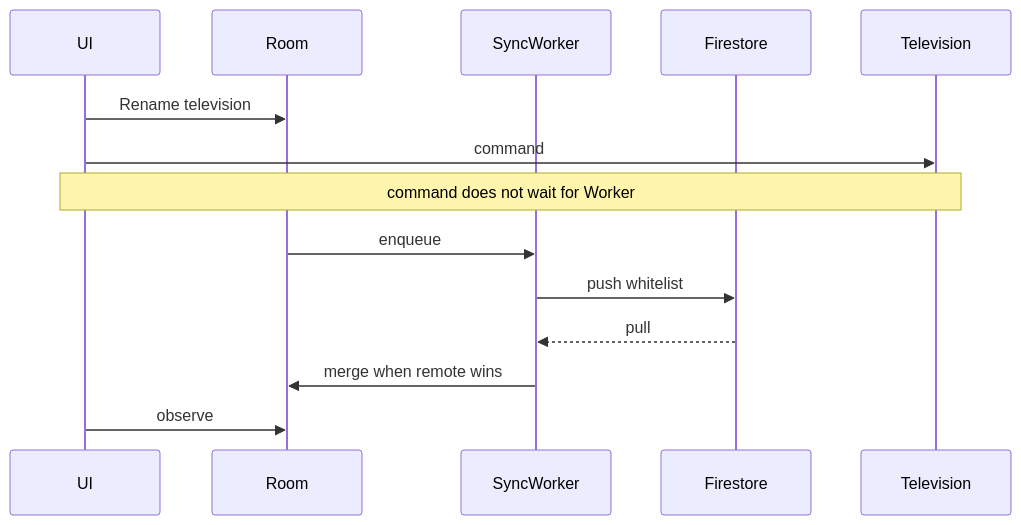
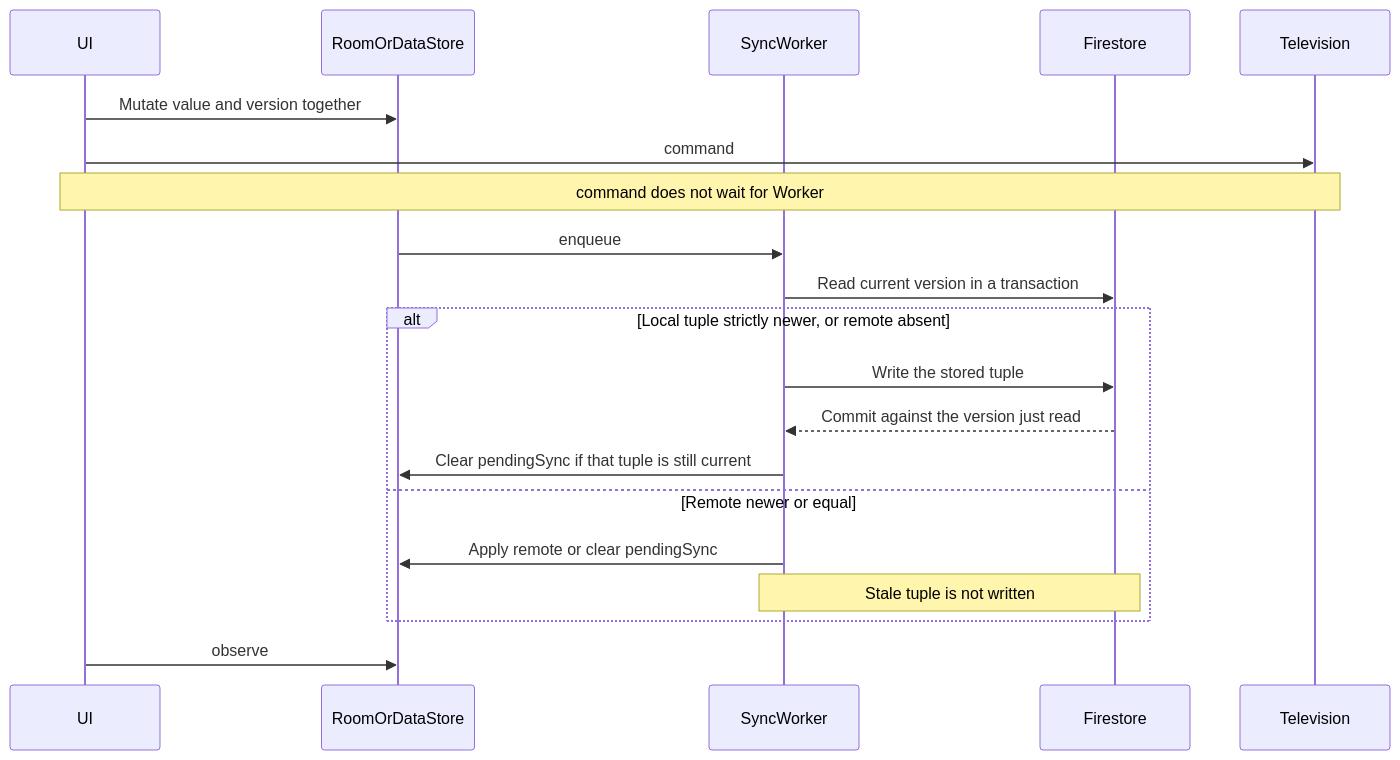
Before and after one commit to anthracite-labs/AppT: the second of 2 diagrams in docs/architecture/sync.md, drawn with Mermaid. The commit also changed other lines of this file and 11 other files, not shown here.

First line of the commit message:
Revise sync, permission, and account-gate architecture

````diff
--- a/docs/architecture/sync.md
+++ b/docs/architecture/sync.md
@@ -261,16 +354,22 @@
 ```mermaid
 sequenceDiagram
   participant UI
-  participant Room
+  participant Local as RoomOrDataStore
   participant Worker as SyncWorker
   participant Cloud as Firestore
   participant TV as Television
-  UI->>Room: Rename television
+  UI->>Local: Mutate value and version together
   UI->>TV: command
   Note over UI,TV: command does not wait for Worker
-  Room->>Worker: enqueue
-  Worker->>Cloud: push whitelist
-  Cloud-->>Worker: pull
-  Worker->>Room: merge when remote wins
-  UI->>Room: observe
+  Local->>Worker: enqueue
+  Worker->>Cloud: Read current version in a transaction
+  alt Local tuple strictly newer, or remote absent
+    Worker->>Cloud: Write the stored tuple
+    Cloud-->>Worker: Commit against the version just read
+    Worker->>Local: Clear pendingSync if that tuple is still current
+  else Remote newer or equal
+    Worker->>Local: Apply remote or clear pendingSync
+    Note over Worker,Cloud: Stale tuple is not written
+  end
+  UI->>Local: observe
 ```
````
